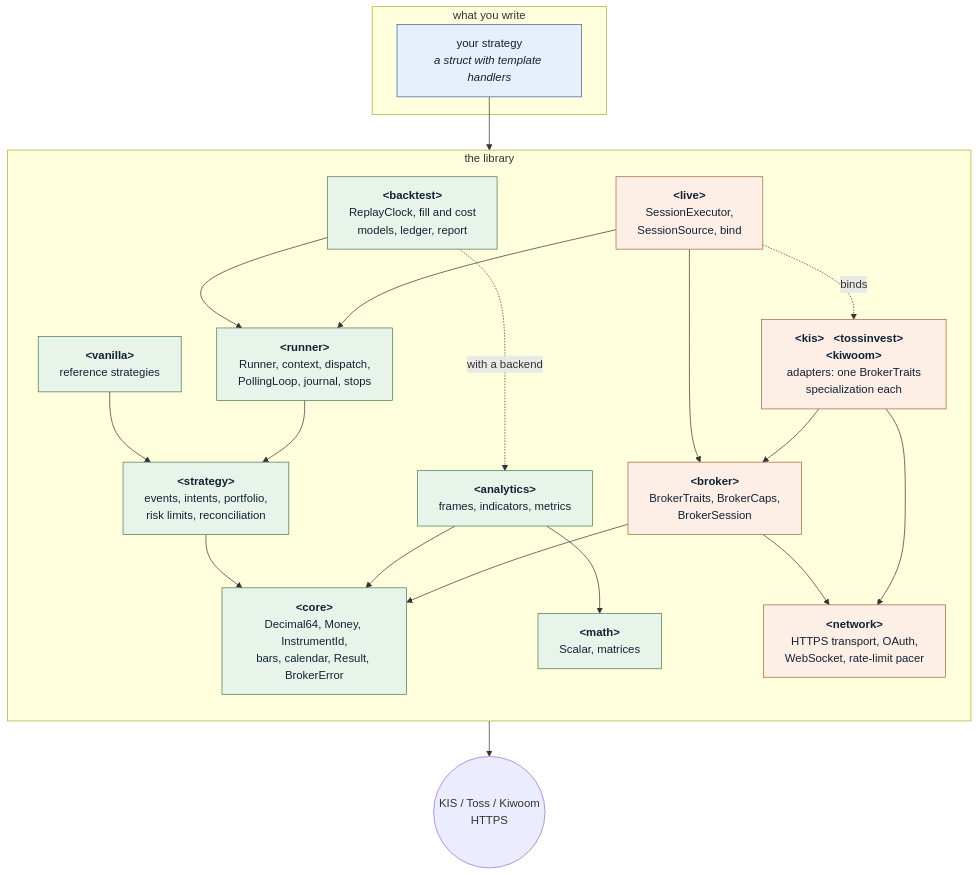
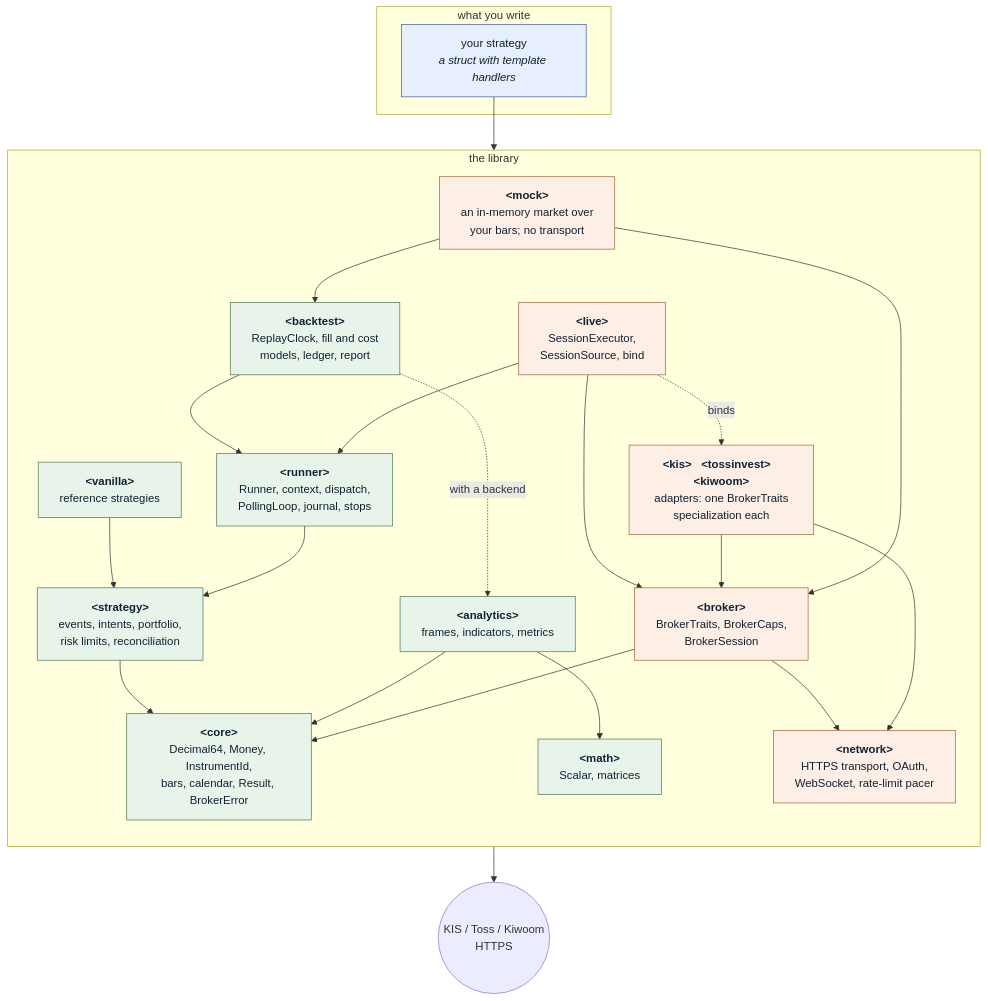
The first of 5 diagrams in doxygen/vignettes/architecture.md (algotradelib/algotradelib), drawn with Mermaid before and after one commit. The commit also changed other lines of this file, not shown here.

Commit message:
docs: add the mock broker to the architecture vignette

````diff
--- a/doxygen/vignettes/architecture.md
+++ b/doxygen/vignettes/architecture.md
@@ -14,47 +14,50 @@
 ```mermaid
 graph TD
   subgraph W["what you write"]
     S["your strategy<br/><i>a struct with template handlers</i>"]
   end
 
   subgraph L["the library"]
     direction TB
     V["<b>&lt;vanilla&gt;</b><br/>reference strategies"]
     ST["<b>&lt;strategy&gt;</b><br/>events, intents, portfolio,<br/>risk limits, reconciliation"]
     RU["<b>&lt;runner&gt;</b><br/>Runner, context, dispatch,<br/>PollingLoop, journal, stops"]
     BT["<b>&lt;backtest&gt;</b><br/>ReplayClock, fill and cost<br/>models, ledger, report"]
     LV["<b>&lt;live&gt;</b><br/>SessionExecutor,<br/>SessionSource, bind"]
     AN["<b>&lt;analytics&gt;</b><br/>frames, indicators, metrics"]
     MA["<b>&lt;math&gt;</b><br/>Scalar, matrices"]
     BR["<b>&lt;broker&gt;</b><br/>BrokerTraits, BrokerCaps,<br/>BrokerSession"]
     CO["<b>&lt;core&gt;</b><br/>Decimal64, Money, InstrumentId,<br/>bars, calendar, Result, BrokerError"]
     NW["<b>&lt;network&gt;</b><br/>HTTPS transport, OAuth,<br/>WebSocket, rate-limit pacer"]
     KT["<b>&lt;kis&gt;</b> &nbsp; <b>&lt;tossinvest&gt;</b> &nbsp; <b>&lt;kiwoom&gt;</b><br/>adapters: one BrokerTraits<br/>specialization each"]
+    MK["<b>&lt;mock&gt;</b><br/>an in-memory market over<br/>your bars; no transport"]
   end
 
   X(("KIS / Toss / Kiwoom<br/>HTTPS"))
 
   S --> ST
   V --> ST
   ST --> CO
   RU --> ST
   BT --> RU
   BT -. "with a backend" .-> AN
   LV --> RU
   LV --> BR
   AN --> MA
   AN --> CO
   BR --> CO
   BR --> NW
   KT --> BR
   KT --> NW
+  MK --> BR
+  MK --> BT
   LV -.binds.-> KT
   NW --> X
 
   classDef pure fill:#e8f4ea,stroke:#4a7a55,color:#123
   classDef io fill:#fdeee6,stroke:#a4663c,color:#123
   classDef you fill:#e7eefc,stroke:#3f5f9e,color:#123
   class S you
   class V,ST,RU,BT,AN,MA,CO pure
-  class BR,NW,KT,LV io
+  class BR,NW,KT,LV,MK io
 ```
````
